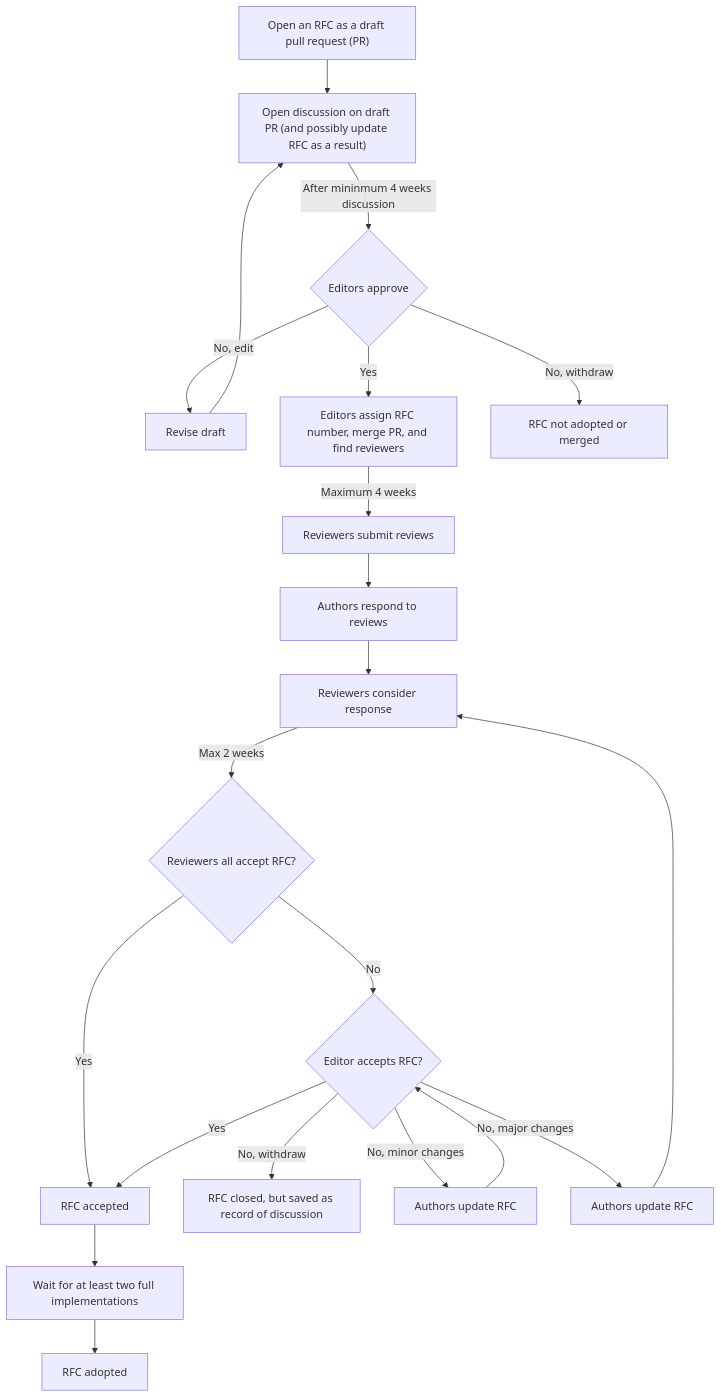
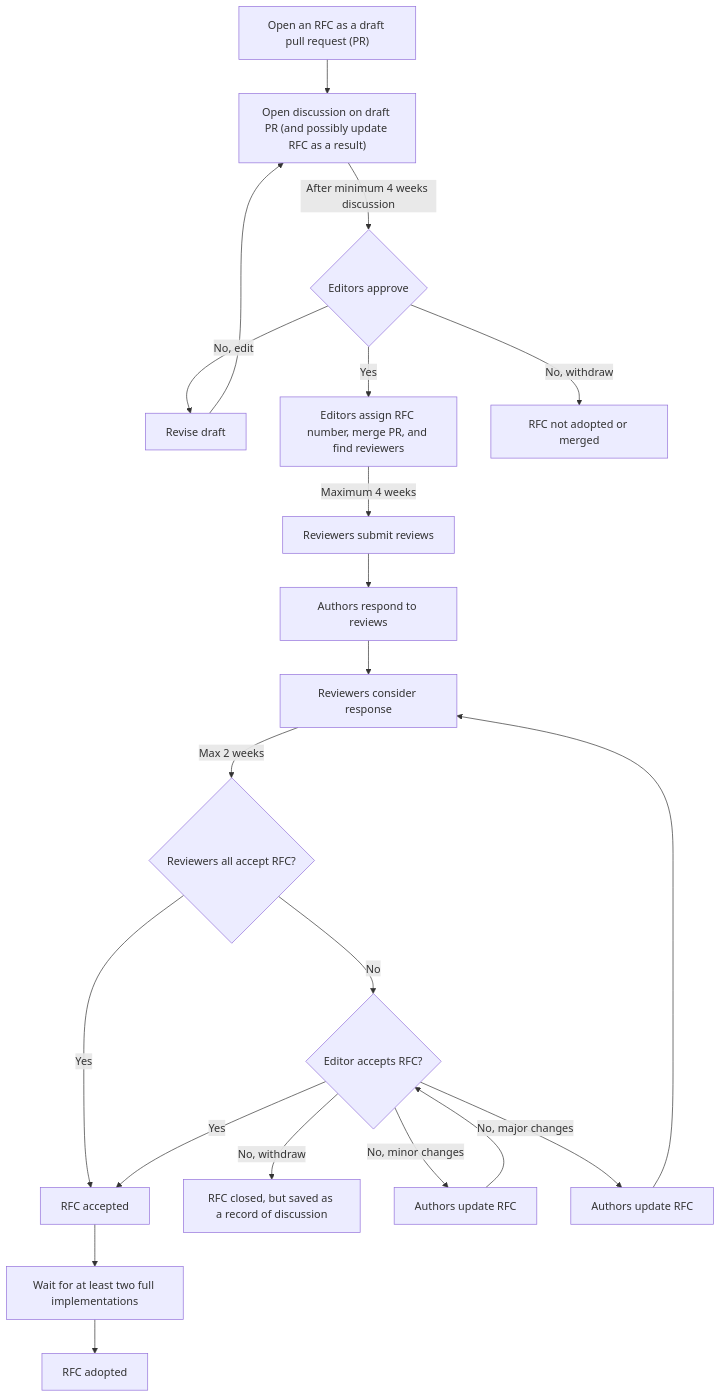
One commit to ome/ngff changed the diagram in resources/process/index.md. Above: the diagram before and after it, drawn with Mermaid. The commit also changed other lines of this file, not shown here.

````diff
--- a/resources/process/index.md
+++ b/resources/process/index.md
@@ -102,80 +102,80 @@
 ```mermaid
 
 flowchart TD
 
 open --> discuss_draft
 
-discuss_draft -->|After mininmum 4 weeks discussion| draft_approve
+discuss_draft -->|After minimum 4 weeks discussion| draft_approve
 
 draft_approve -->|No, edit| revise_draft
 
 revise_draft --> discuss_draft
 
 draft_approve -->|Yes| editor_assign
 
 draft_approve -->|No, withdraw| close
 
 editor_assign -->|Maximum 4 weeks| review
 
 review --> respond
 
 respond --> re_review
 
 re_review -->|Max 2 weeks| review_decision
 
 review_decision -->|No| editor_decision
 
 review_decision -->|Yes| accept
 
 editor_decision -->|Yes| accept
 
 editor_decision -->|No, withdraw| close_after_review
 
 editor_decision -->|No, minor changes| minor_changes
 
 minor_changes --> editor_decision
 
 editor_decision -->|No, major changes| major_changes
 
 major_changes --> re_review
 
 accept --> implement
 
 implement --> adopt
 
 
 
 open["Open an RFC as a draft pull request (PR)"]
 
 discuss_draft["Open discussion on draft PR (and possibly update RFC as a result)"]
 
 draft_approve{"Editors approve"}
 
 revise_draft["Revise draft"]
 
 close["RFC not adopted or merged"]
 
 editor_assign["Editors assign RFC number, merge PR, and find reviewers"]
 
 review["Reviewers submit reviews"]
 
 respond["Authors respond to reviews"]
 
 re_review["Reviewers consider response"]
 
 major_changes["Authors update RFC"]
 
 minor_changes["Authors update RFC"]
 
 review_decision{"Reviewers all accept RFC?"}
 
 editor_decision{"Editor accepts RFC?"}
 
-close_after_review["RFC closed, but saved as record of discussion"]
+close_after_review["RFC closed, but saved as a record of discussion"]
 
 accept["RFC accepted"]
 
 implement["Wait for at least two full implementations"]
 
 adopt["RFC adopted"]
 ```
````
